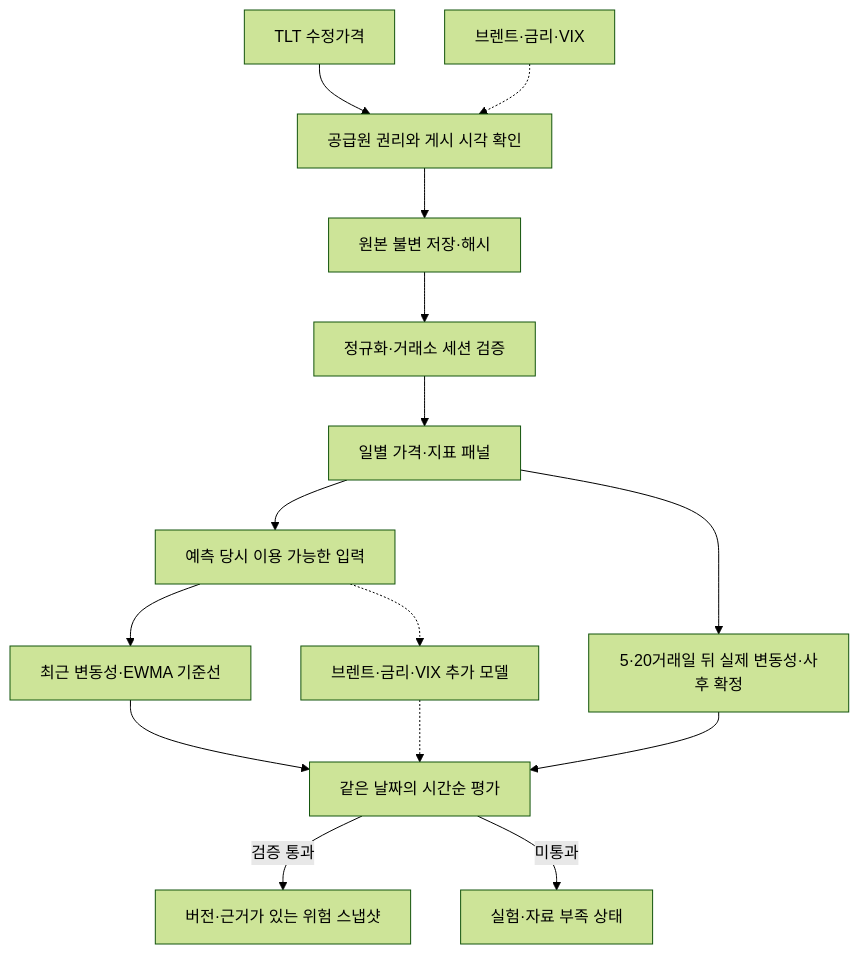
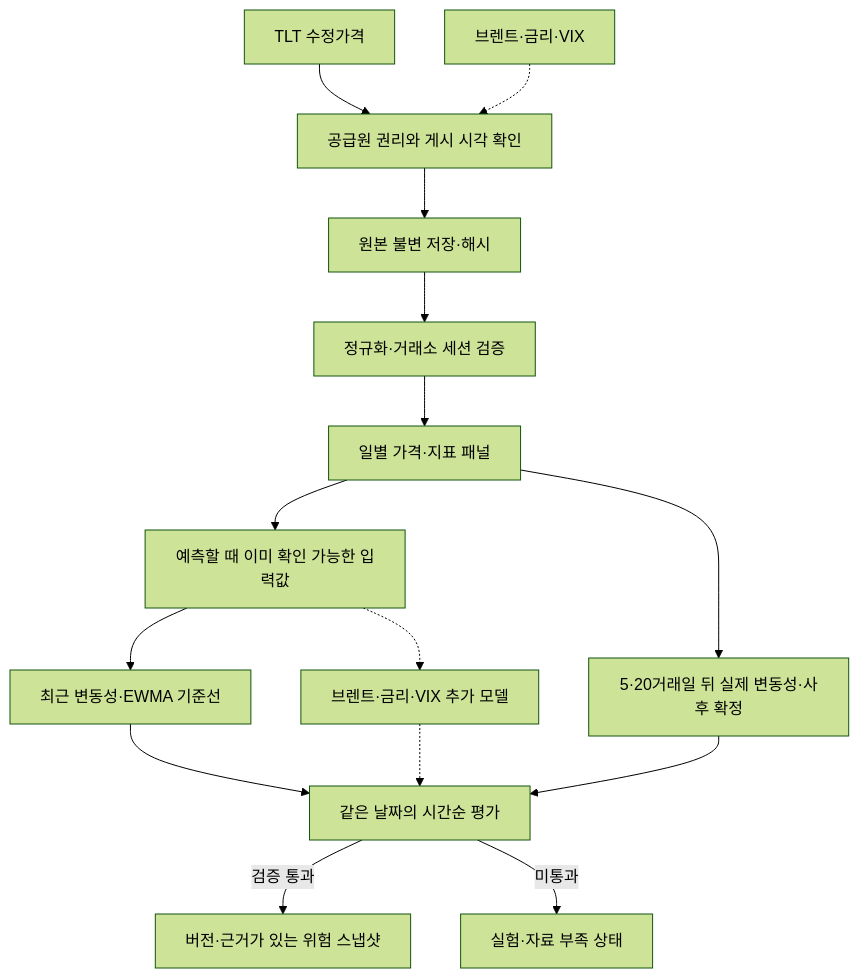
The first of 2 diagrams in docs/project-flow.md (AnDev77/ShockGarph_AI), drawn with Mermaid (forest theme) before and after one commit. The commit also changed other lines of this file and 11 other files, not shown here.

````diff
--- a/docs/project-flow.md
+++ b/docs/project-flow.md
@@ -10,17 +10,17 @@
 ```mermaid
 flowchart TB
     T["TLT 수정가격"] --> G["공급원 권리와 게시 시각 확인"]
     X["브렌트·금리·VIX"] -.-> G
     G --> R["원본 불변 저장·해시"]
     R --> N["정규화·거래소 세션 검증"]
     N --> D["일별 가격·지표 패널"]
-    D --> I["예측 당시 이용 가능한 입력"]
+    D --> I["예측할 때 이미 확인 가능한 입력값"]
     D --> Y["5·20거래일 뒤 실제 변동성·사후 확정"]
     I --> B["최근 변동성·EWMA 기준선"]
     I -.-> M["브렌트·금리·VIX 추가 모델"]
     B --> E["같은 날짜의 시간순 평가"]
     M -.-> E
     Y --> E
     E -->|검증 통과| S["버전·근거가 있는 위험 스냅샷"]
     E -->|미통과| U["실험·자료 부족 상태"]
 ```
````
